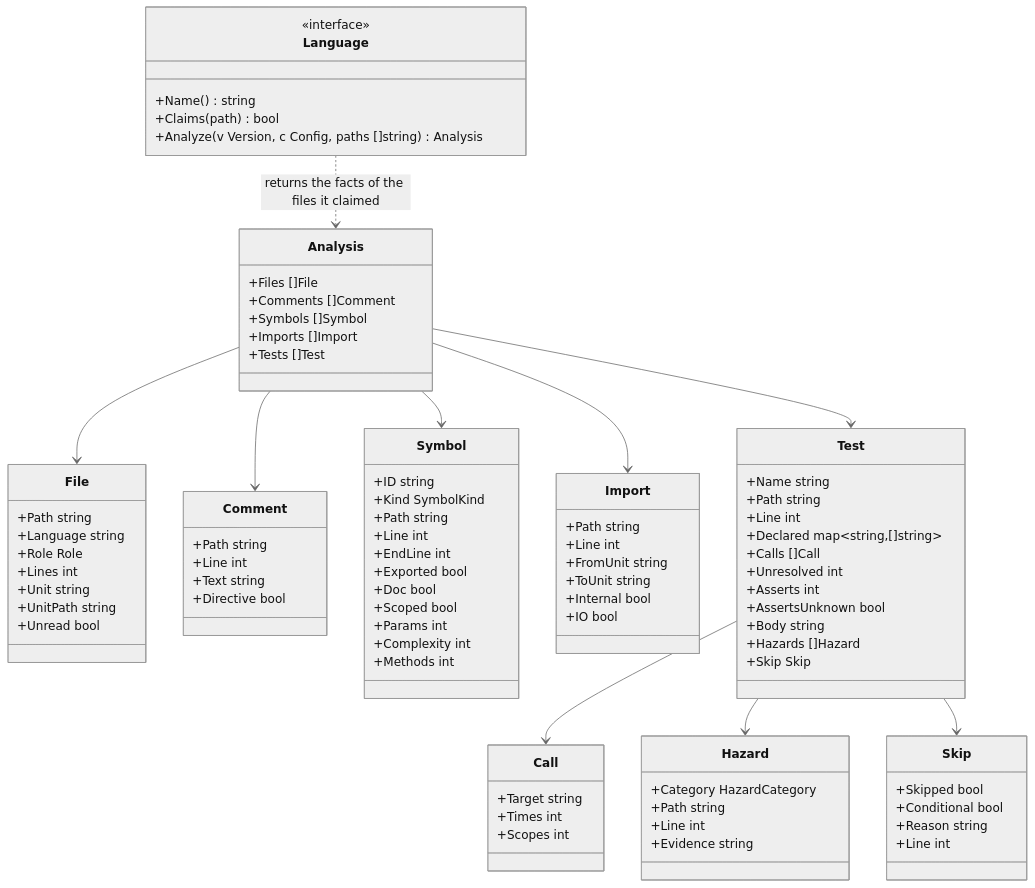
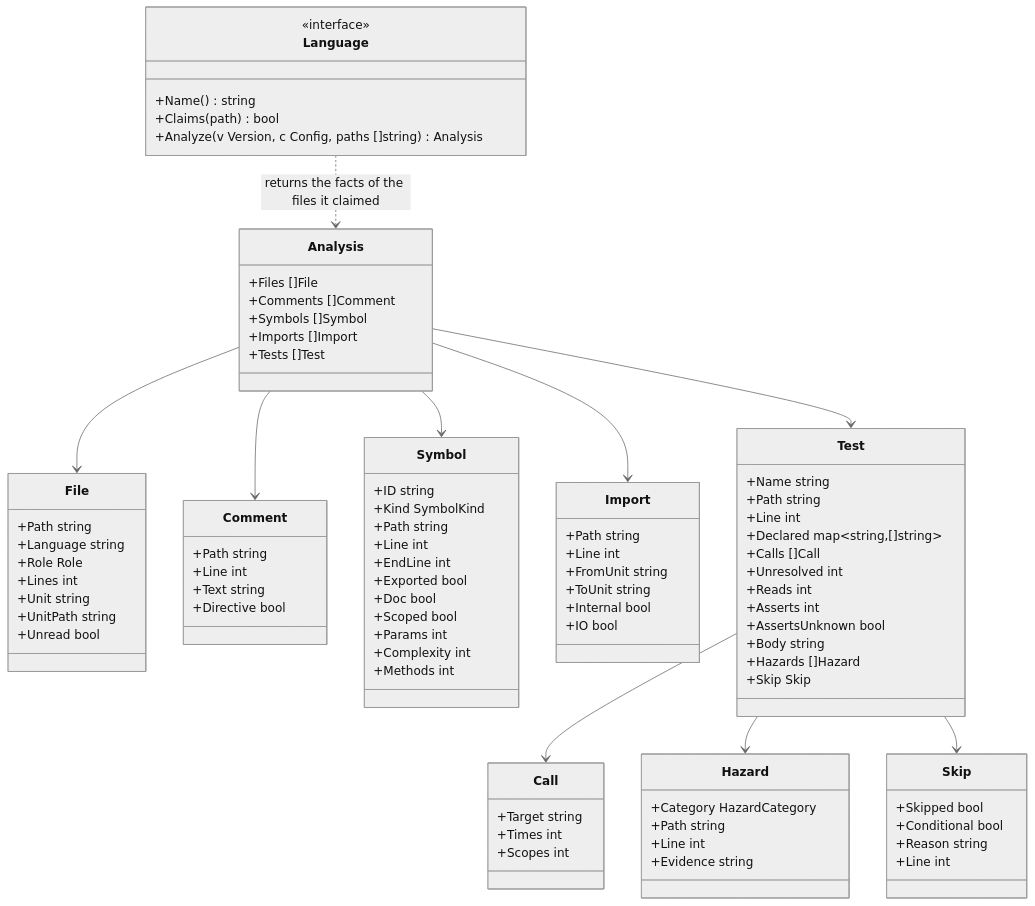
Before and after one commit to rerorets/hadome: the diagram in docs/design/adapters.md, drawn with Mermaid (neutral theme). The commit also changed other lines of this file and 23 other files, not shown here.

```diff
--- a/docs/design/adapters.md
+++ b/docs/design/adapters.md
@@ -72,6 +72,7 @@
     +Declared map~string,[]string~
     +Calls []Call
     +Unresolved int
+    +Reads int
     +Asserts int
     +AssertsUnknown bool
     +Body string
```
